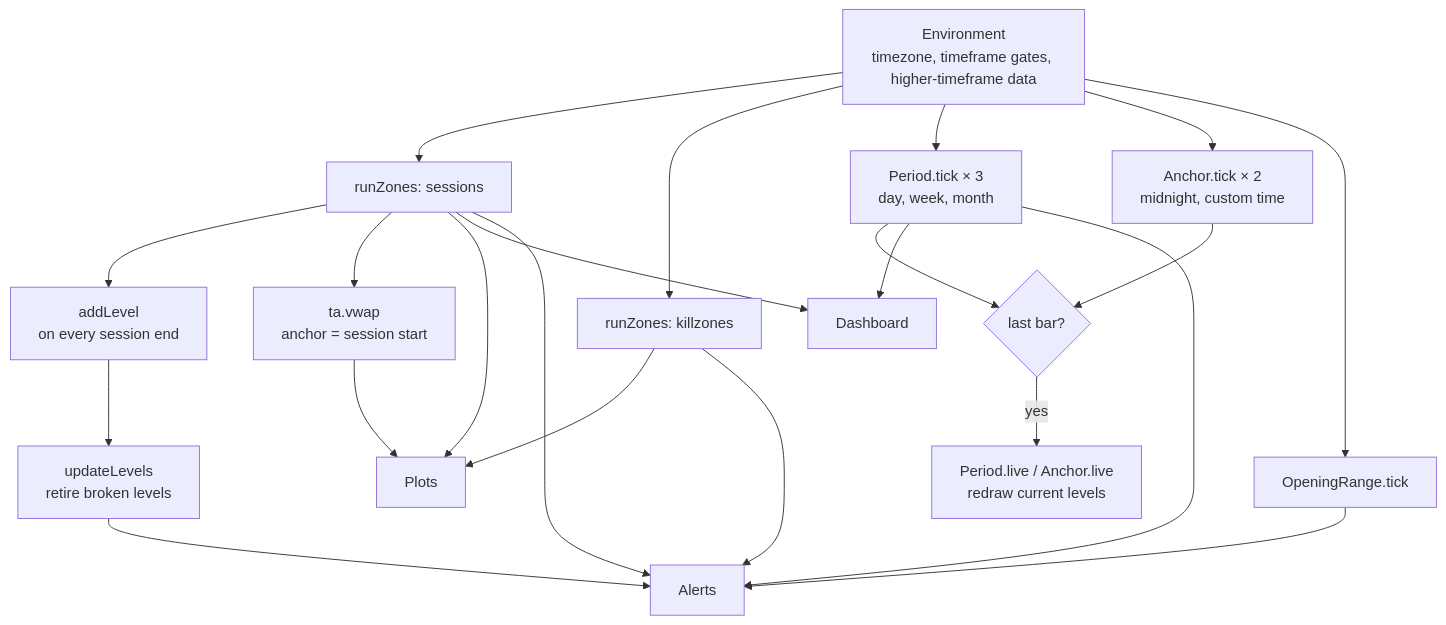
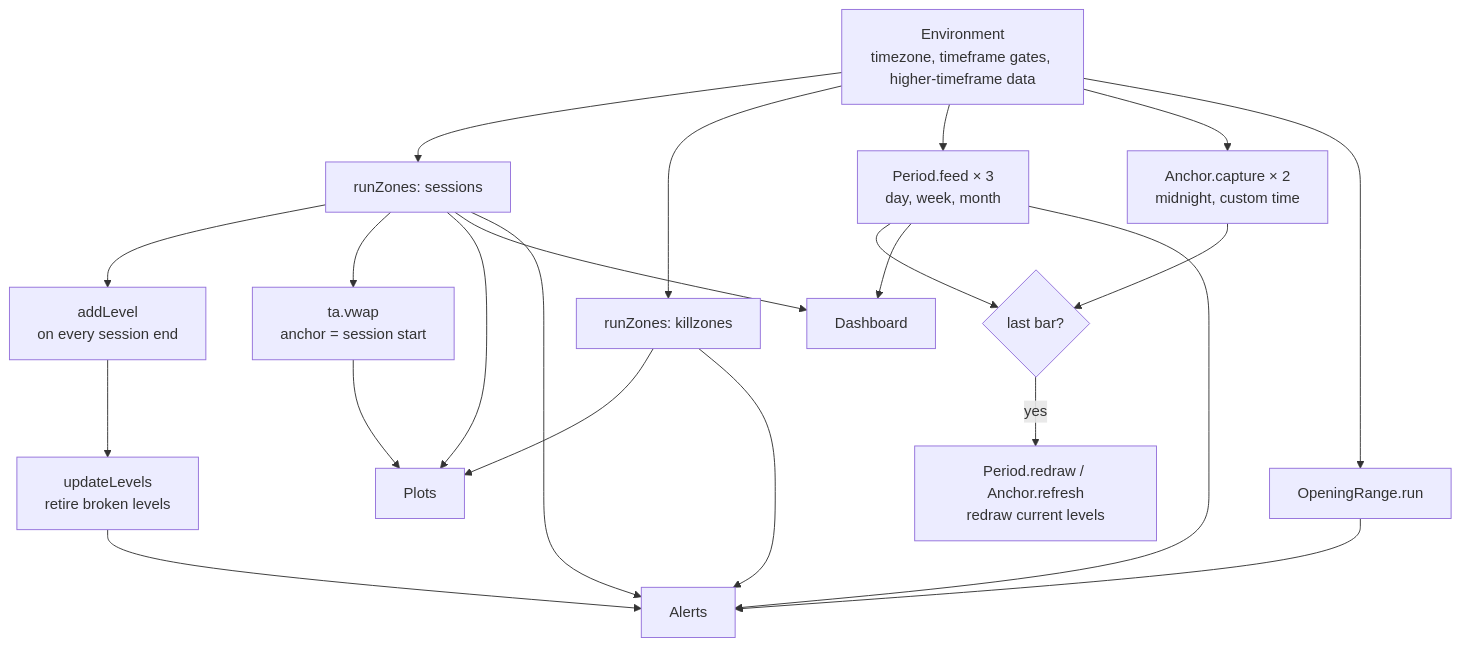
The diagram in docs/ARCHITECTURE.md (DmytroPalahin/sessions-indicator), drawn with Mermaid before and after one commit. The commit also changed other lines of this file and 7 other files, not shown here.

First line of the commit message:
docs: record the chart test and the changes it led to

````diff
--- a/docs/ARCHITECTURE.md
+++ b/docs/ARCHITECTURE.md
@@ -40,24 +40,24 @@
 ```mermaid
 flowchart TD
     A[Environment<br/>timezone, timeframe gates, higher-timeframe data] --> B[runZones: sessions]
     A --> C[runZones: killzones]
     B --> D[addLevel<br/>on every session end]
     D --> E[updateLevels<br/>retire broken levels]
-    A --> F[Period.tick × 3<br/>day, week, month]
-    A --> G[Anchor.tick × 2<br/>midnight, custom time]
-    A --> H[OpeningRange.tick]
+    A --> F[Period.feed × 3<br/>day, week, month]
+    A --> G[Anchor.capture × 2<br/>midnight, custom time]
+    A --> H[OpeningRange.run]
     B --> I[ta.vwap<br/>anchor = session start]
     F --> J{last bar?}
     G --> J
-    J -- yes --> K[Period.live / Anchor.live<br/>redraw current levels]
+    J -- yes --> K[Period.redraw / Anchor.refresh<br/>redraw current levels]
     B --> L[Plots]
     C --> L
     I --> L
     B --> M[Dashboard]
     F --> M
     B --> N[Alerts]
     C --> N
     E --> N
     F --> N
     H --> N
 ```
````
